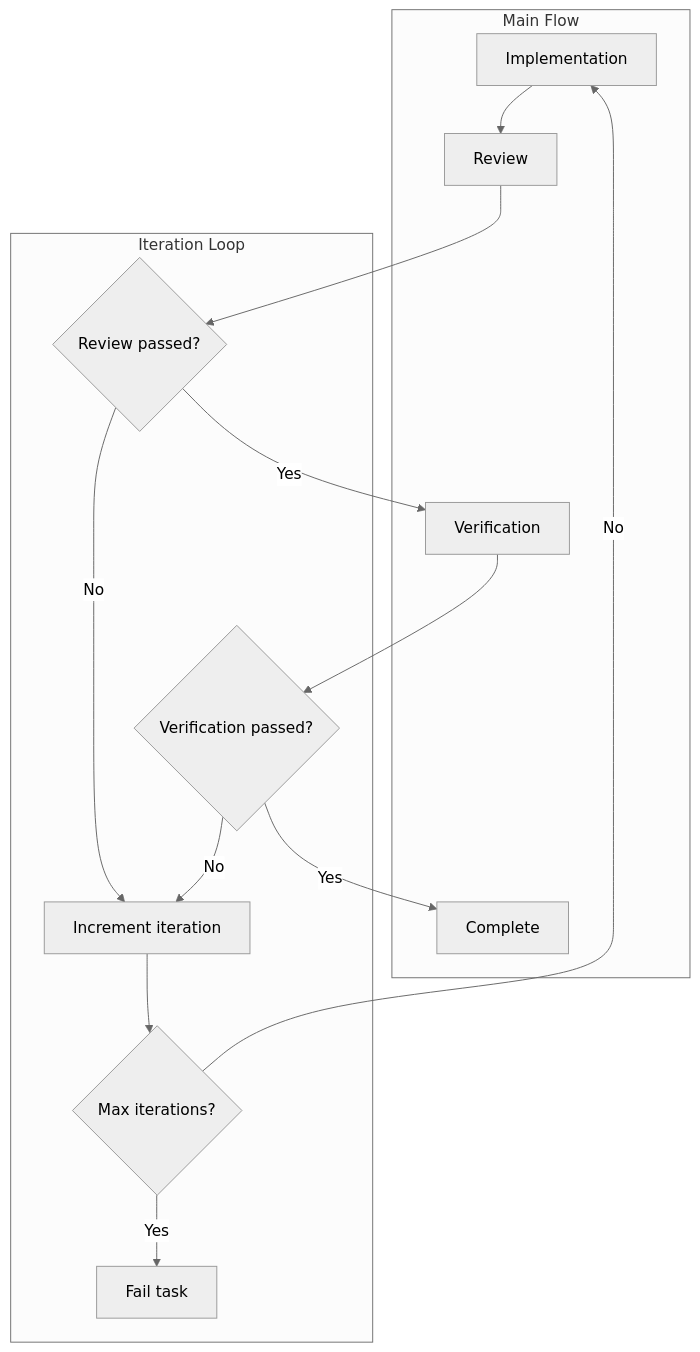
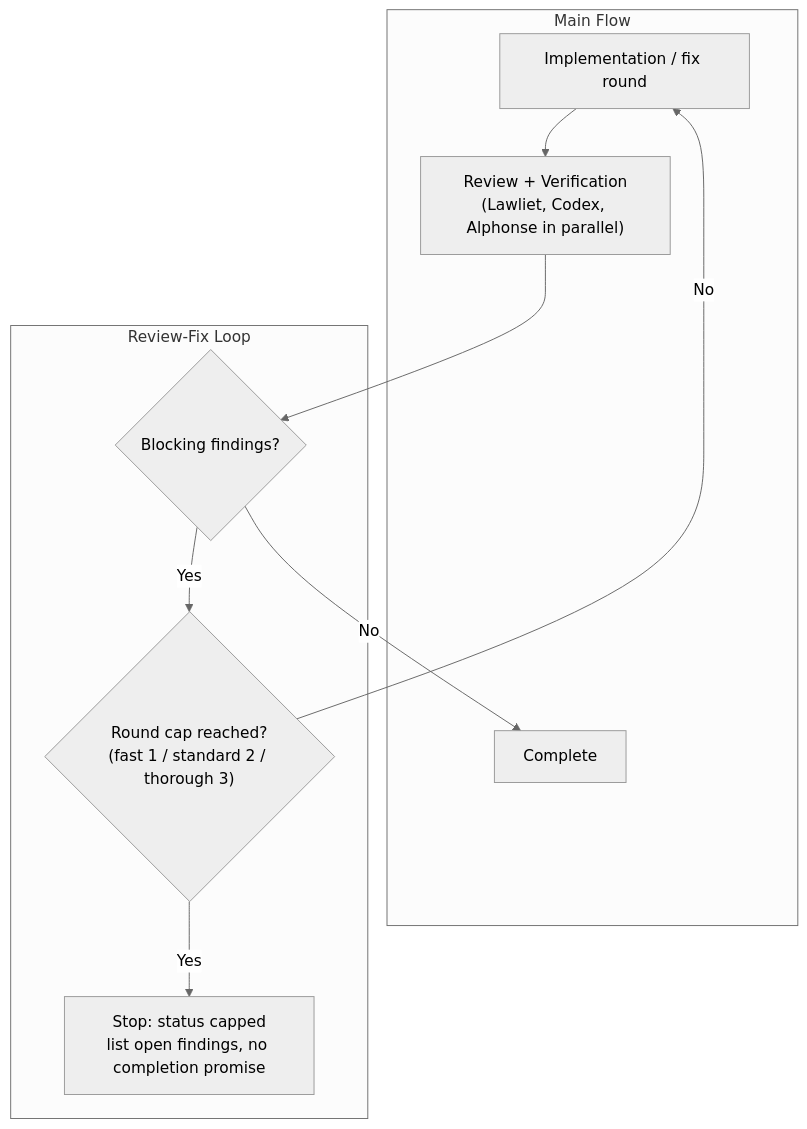
The ninth of 9 diagrams in docs/architecture/data-flows.md (josix/agent-flow), drawn with Mermaid (neutral theme) before and after one commit. The commit also changed other lines of this file and 61 other files, not shown here.

````diff
--- a/docs/architecture/data-flows.md
+++ b/docs/architecture/data-flows.md
@@ -391,26 +386,20 @@
 ```mermaid
 flowchart TB
     subgraph Main["Main Flow"]
-        M1[Implementation]
-        M2[Review]
-        M3[Verification]
+        M1[Implementation / fix round]
+        M2["Review + Verification<br/>(Lawliet, Codex, Alphonse in parallel)"]
         M4[Complete]
     end
 
-    subgraph Iteration["Iteration Loop"]
-        I1{Review passed?}
-        I2{Verification passed?}
-        I3[Increment iteration]
-        I4{Max iterations?}
-        I5[Fail task]
+    subgraph Iteration["Review-Fix Loop"]
+        I1{Blocking findings?}
+        I4{"Round cap reached?<br/>(fast 1 / standard 2 / thorough 3)"}
+        I5["Stop: status capped<br/>list open findings, no completion promise"]
     end
 
     M1 --> M2 --> I1
-    I1 -->|Yes| M3 --> I2
-    I1 -->|No| I3
-    I2 -->|Yes| M4
-    I2 -->|No| I3
-    I3 --> I4
+    I1 -->|No| M4
+    I1 -->|Yes| I4
     I4 -->|No| M1
     I4 -->|Yes| I5
 ```
````
